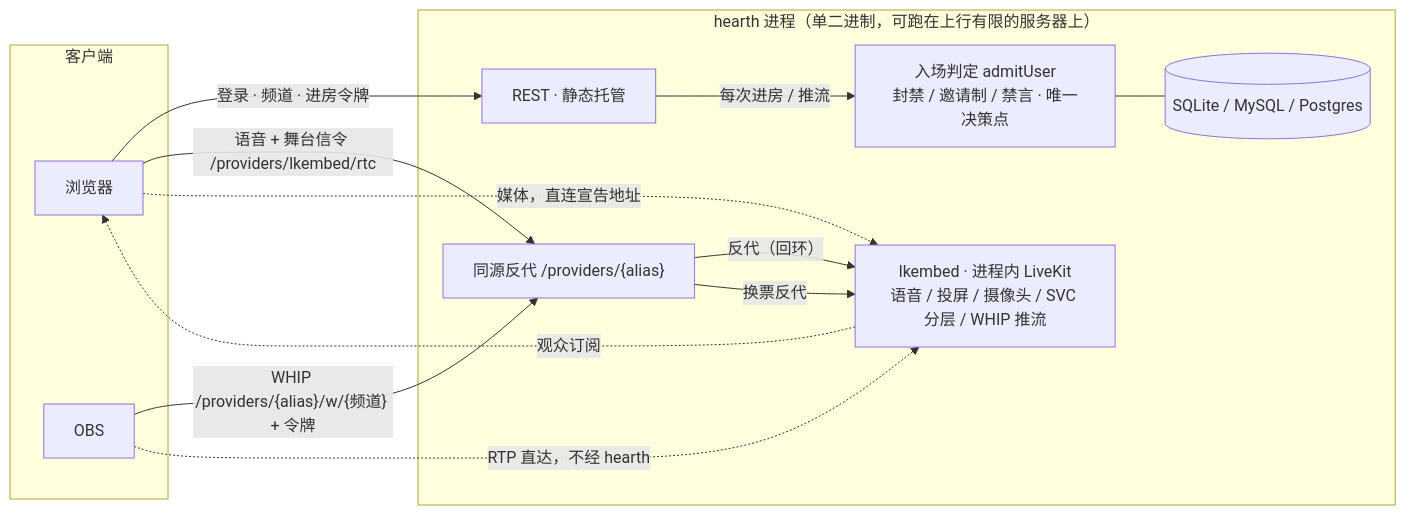
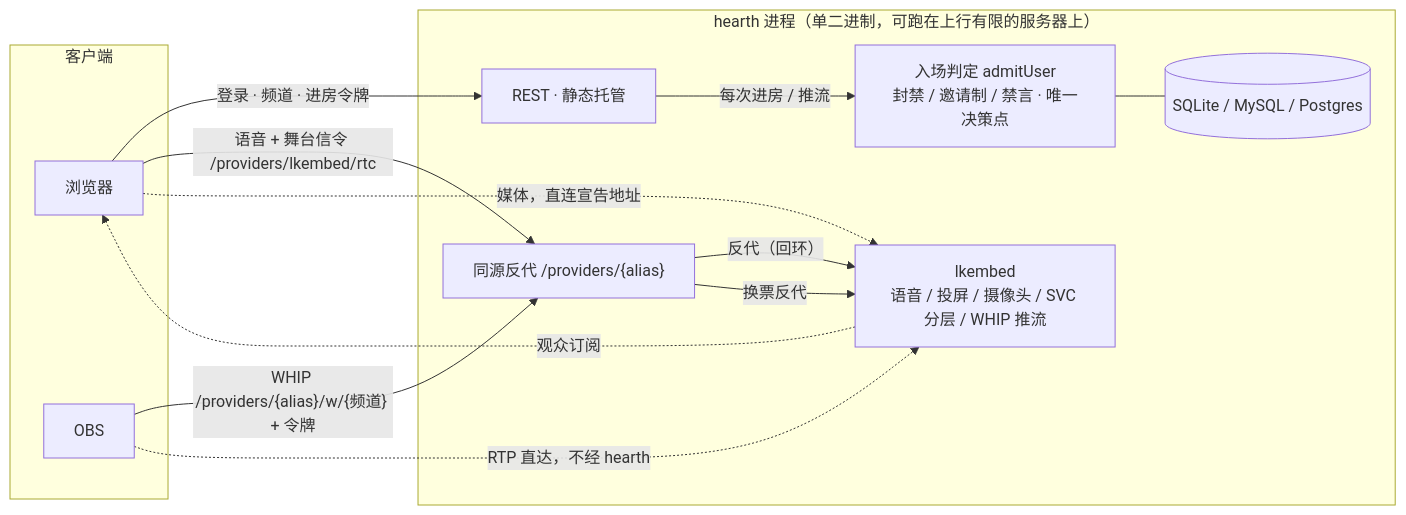
One commit to xiaoshao9704/hearth changed the diagram in README.md. Above: the diagram before and after it, drawn with Mermaid. The commit also changed other lines of this file and 22 other files, not shown here.

````diff
--- a/README.md
+++ b/README.md
@@ -25,28 +25,28 @@
 ```mermaid
 flowchart LR
   subgraph clients["客户端"]
     B["浏览器"]
     O["OBS"]
   end
 
   subgraph hearth["hearth 进程（单二进制，可跑在上行有限的服务器上）"]
     API["REST · 静态托管"]
     ADM["入场判定 admitUser<br/>封禁 / 邀请制 / 禁言 · 唯一决策点"]
     DB[("SQLite / MySQL / Postgres")]
-    LKE["lkembed · 进程内 LiveKit<br/>语音 / 投屏 / 摄像头 / SVC 分层 / WHIP 推流"]
+    LKE["lkembed<br/>语音 / 投屏 / 摄像头 / SVC 分层 / WHIP 推流"]
     PRX["同源反代 /providers/{alias}"]
   end
 
   B -- "登录 · 频道 · 进房令牌" --> API
   API -- "每次进房 / 推流" --> ADM
   ADM --- DB
 
   B -- "语音 + 舞台信令 /providers/lkembed/rtc" --> PRX
   PRX -- "反代（回环）" --> LKE
   B -. "媒体，直连宣告地址" .-> LKE
   LKE -. "观众订阅" .-> B
 
   O -- "WHIP /providers/{alias}/w/{频道} + 令牌" --> PRX
   PRX -- "换票反代" --> LKE
   O -. "RTP 直达，不经 hearth" .-> LKE
 ```
````
